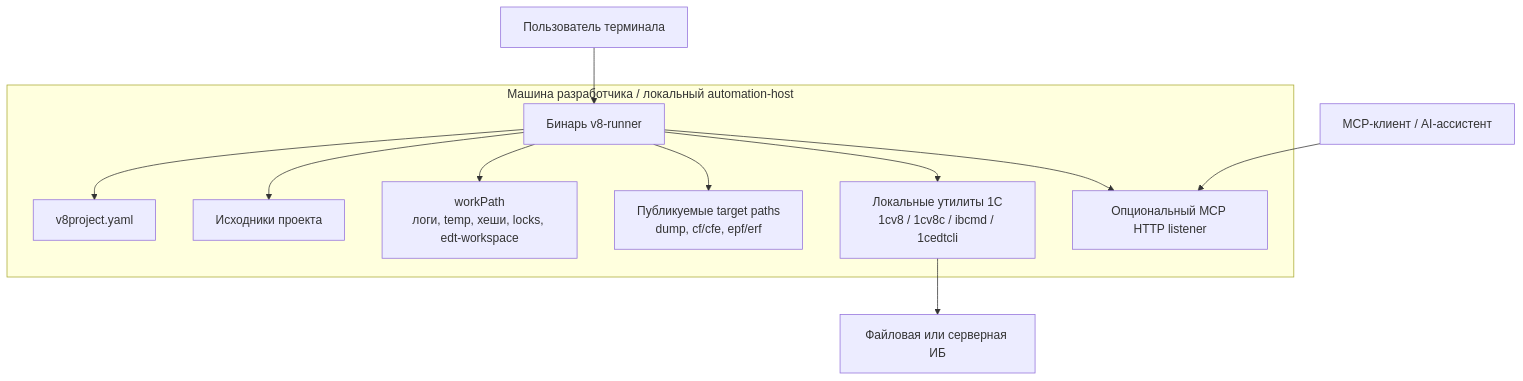
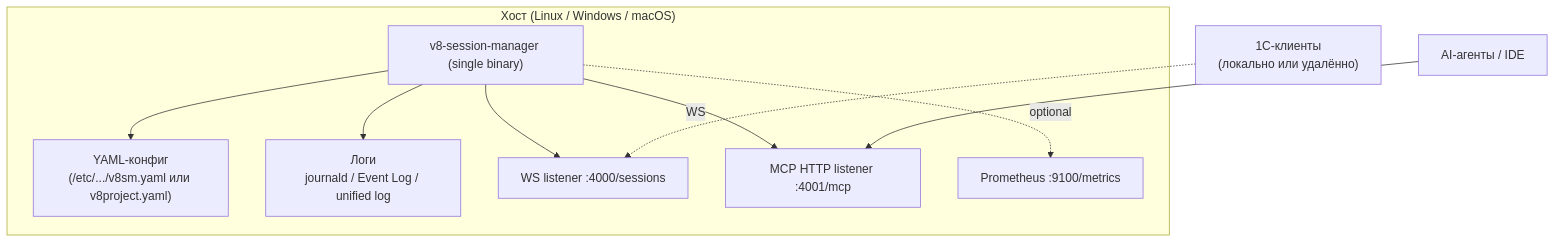
The diagram in docs/architecture/arc42/07-deployment-view.md (1c-neurofish/v8-session-manager), drawn with Mermaid before and after one commit. The commit also changed other lines of this file and 20 other files, not shown here.

First line of the commit message:
docs: переписать документацию под session-manager (#12)

````diff
--- a/docs/architecture/arc42/07-deployment-view.md
+++ b/docs/architecture/arc42/07-deployment-view.md
@@ -5,20 +5,16 @@
 ```mermaid
 flowchart TB
-    subgraph Host["Машина разработчика / локальный automation-host"]
-        Binary["Бинарь v8-runner"]
-        Config["v8project.yaml"]
-        Sources["Исходники проекта"]
-        Work["workPath\nлоги, temp, хеши, locks, edt-workspace"]
-        Targets["Публикуемые target paths\ndump, cf/cfe, epf/erf"]
+    subgraph Host["Хост (Linux / Windows / macOS)"]
+        Binary["v8-session-manager (single binary)"]
+        Config["YAML-конфиг\n(/etc/.../v8sm.yaml или v8project.yaml)"]
+        Logs["Логи\njournald / Event Log / unified log"]
         Binary --> Config
-        Binary --> Sources
-        Binary --> Work
-        Binary --> Targets
-        Binary --> Tools["Локальные утилиты 1С\n1cv8 / 1cv8c / ibcmd / 1cedtcli"]
-        Binary --> HTTP["Опциональный MCP HTTP listener"]
+        Binary --> Logs
+        Binary --> WS["WS listener :4000/sessions"]
+        Binary --> HTTP["MCP HTTP listener :4001/mcp"]
+        Binary -.optional.-> Metrics["Prometheus :9100/metrics"]
     end
 
-    Assistant["MCP-клиент / AI-ассистент"] --> HTTP
-    Developer["Пользователь терминала"] --> Binary
-    Tools --> Infobase["Файловая или серверная ИБ"]
+    Clients["1С-клиенты\n(локально или удалённо)"] -.WS.-> WS
+    Agents["AI-агенты / IDE"] --> HTTP
 ```
````
